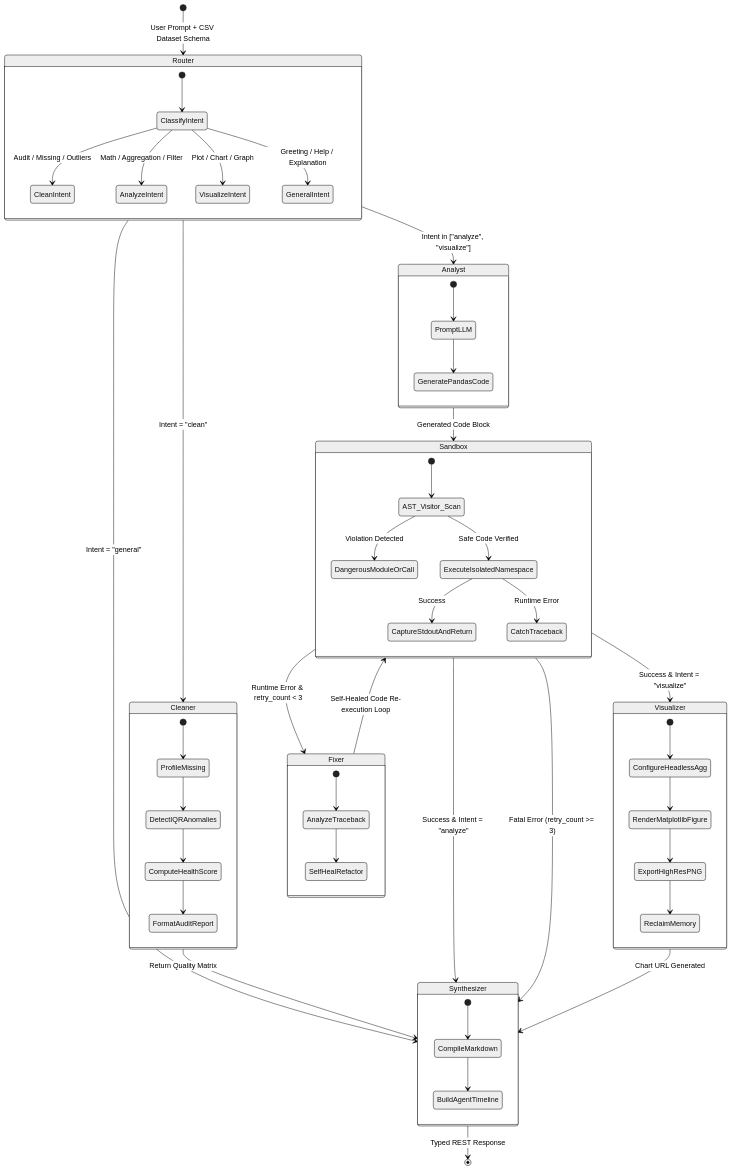
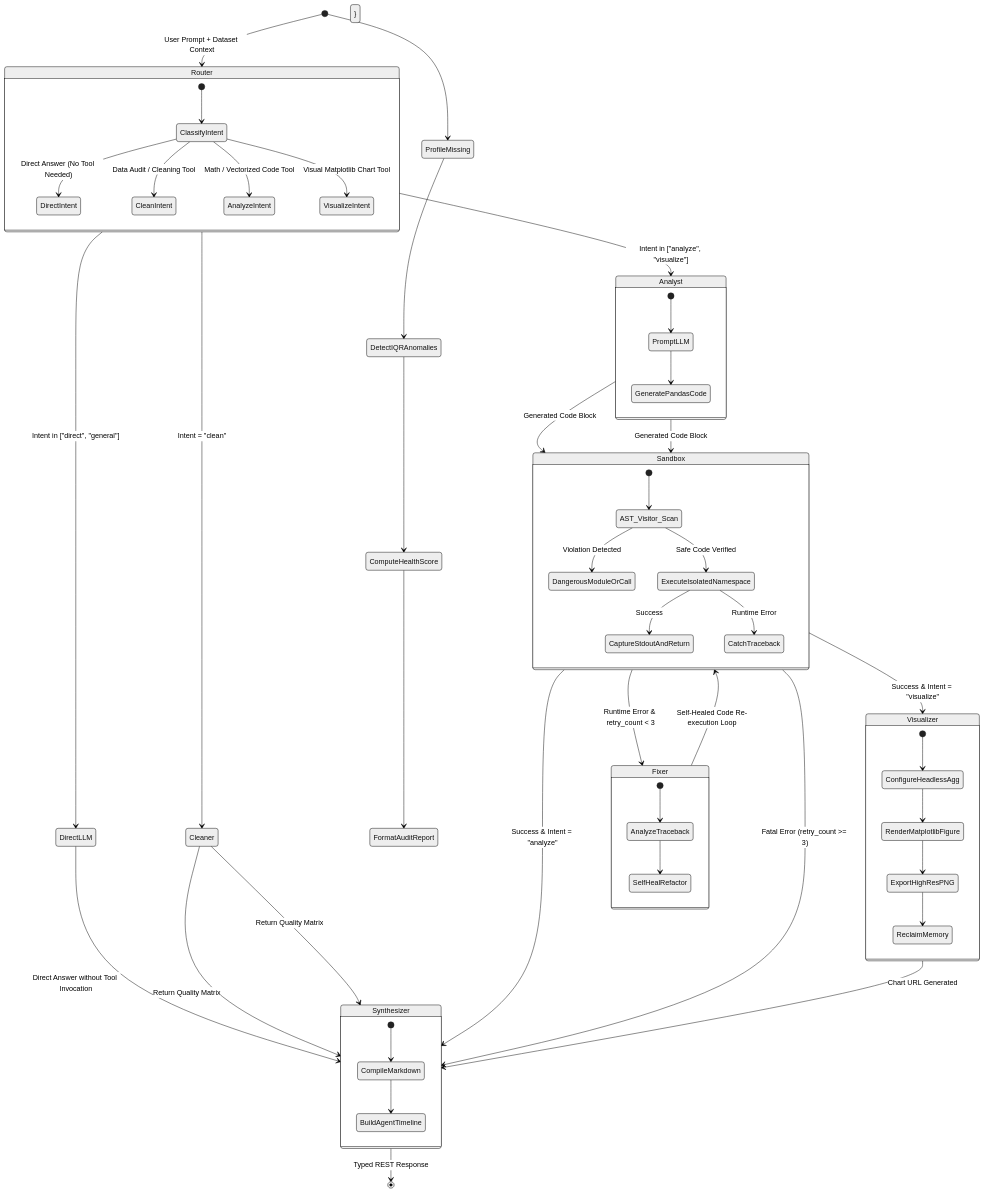
Before and after one commit to vishal-singh-rajpurohit/Analytics-RAG: the diagram in README.md, drawn with Mermaid (neutral theme). The commit also changed other lines of this file and 15 other files, not shown here.

Commit message:
feat(ai): direct LLM queries with on-demand specialist tool execution

````diff
--- a/README.md
+++ b/README.md
@@ -105,63 +106,65 @@
 ```mermaid
 stateDiagram-v2
-    [*] --> Router : User Prompt + CSV Dataset Schema
+    [*] --> Router : User Prompt + Dataset Context
 
     state Router {
         [*] --> ClassifyIntent
-        ClassifyIntent --> CleanIntent : Audit / Missing / Outliers
-        ClassifyIntent --> AnalyzeIntent : Math / Aggregation / Filter
-        ClassifyIntent --> VisualizeIntent : Plot / Chart / Graph
-        ClassifyIntent --> GeneralIntent : Greeting / Help / Explanation
+        ClassifyIntent --> DirectIntent : Direct Answer (No Tool Needed)
+        ClassifyIntent --> CleanIntent : Data Audit / Cleaning Tool
+        ClassifyIntent --> AnalyzeIntent : Math / Vectorized Code Tool
+        ClassifyIntent --> VisualizeIntent : Visual Matplotlib Chart Tool
     }
 
+    Router --> DirectLLM : Intent in ["direct", "general"]
     Router --> Cleaner : Intent = "clean"
     Router --> Analyst : Intent in ["analyze", "visualize"]
-    Router --> Synthesizer : Intent = "general"
 
-    state Cleaner {
+    DirectLLM --> Synthesizer : Direct Answer without Tool Invocation
+    Cleaner --> Synthesizer : Return Quality Matrix
+    Analyst --> Sandbox : Generated Code Block
         [*] --> ProfileMissing
         ProfileMissing --> DetectIQRAnomalies
         DetectIQRAnomalies --> ComputeHealthScore
         ComputeHealthScore --> FormatAuditReport
     }
     Cleaner --> Synthesizer : Return Quality Matrix
 
     state Analyst {
         [*] --> PromptLLM
         PromptLLM --> GeneratePandasCode
     }
     Analyst --> Sandbox : Generated Code Block
 
     state Sandbox {
         [*] --> AST_Visitor_Scan
         AST_Visitor_Scan --> DangerousModuleOrCall : Violation Detected
         AST_Visitor_Scan --> ExecuteIsolatedNamespace : Safe Code Verified
         ExecuteIsolatedNamespace --> CaptureStdoutAndReturn : Success
         ExecuteIsolatedNamespace --> CatchTraceback : Runtime Error
     }
 
     Sandbox --> Visualizer : Success & Intent = "visualize"
     Sandbox --> Synthesizer : Success & Intent = "analyze"
     Sandbox --> Fixer : Runtime Error & retry_count < 3
     Sandbox --> Synthesizer : Fatal Error (retry_count >= 3)
 
     state Fixer {
         [*] --> AnalyzeTraceback
         AnalyzeTraceback --> SelfHealRefactor
     }
     Fixer --> Sandbox : Self-Healed Code Re-execution Loop
 
     state Visualizer {
         [*] --> ConfigureHeadlessAgg
         ConfigureHeadlessAgg --> RenderMatplotlibFigure
         RenderMatplotlibFigure --> ExportHighResPNG
         ExportHighResPNG --> ReclaimMemory
     }
     Visualizer --> Synthesizer : Chart URL Generated
 
     state Synthesizer {
         [*] --> CompileMarkdown
         CompileMarkdown --> BuildAgentTimeline
     }
     Synthesizer --> [*] : Typed REST Response
 ```
````
